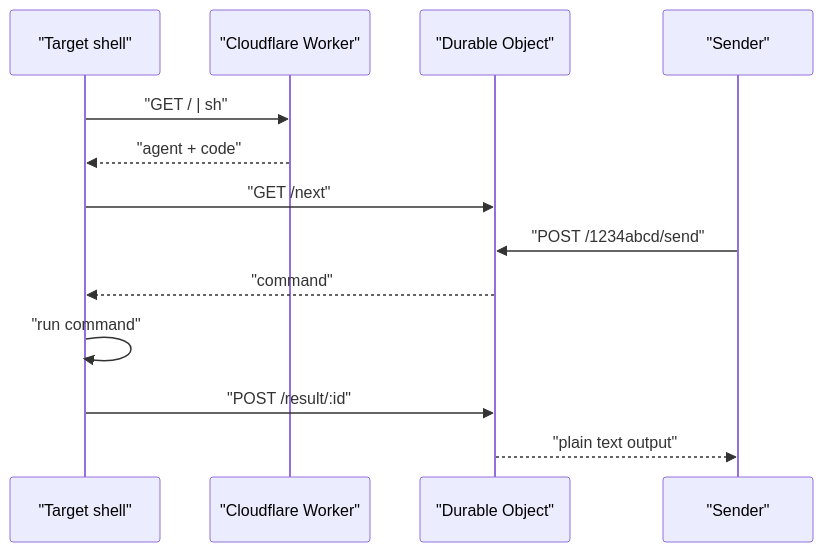
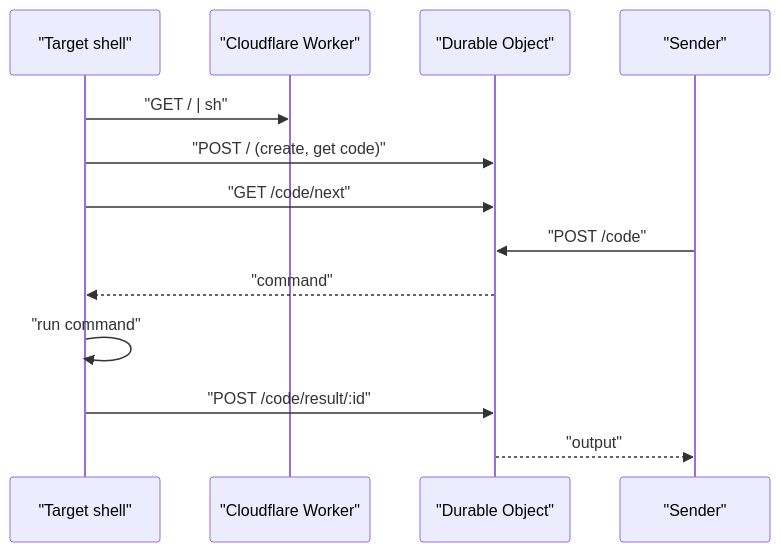
One commit to Stoffbergie/reach changed the diagram in README.md. Above: the diagram before and after it, drawn with Mermaid. The commit also changed other lines of this file and 21 other files, not shown here.

````diff
--- a/README.md
+++ b/README.md
@@ -70,16 +87,16 @@
 ```mermaid
 sequenceDiagram
     participant Target as "Target shell"
     participant Worker as "Cloudflare Worker"
-    participant Bridge as "Durable Object"
+    participant Session as "Durable Object"
     participant Sender as "Sender"
 
     Target->>Worker: "GET / | sh"
-    Worker-->>Target: "agent + code"
-    Target->>Bridge: "GET /next"
-    Sender->>Bridge: "POST /1234abcd/send"
-    Bridge-->>Target: "command"
+    Target->>Session: "POST / (create, get code)"
+    Target->>Session: "GET /code/next"
+    Sender->>Session: "POST /code"
+    Session-->>Target: "command"
     Target->>Target: "run command"
-    Target->>Bridge: "POST /result/:id"
-    Bridge-->>Sender: "plain text output"
+    Target->>Session: "POST /code/result/:id"
+    Session-->>Sender: "output"
 ```
````
